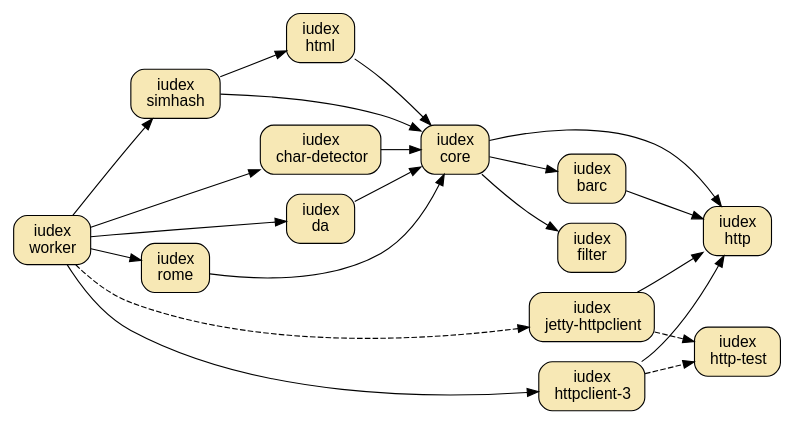
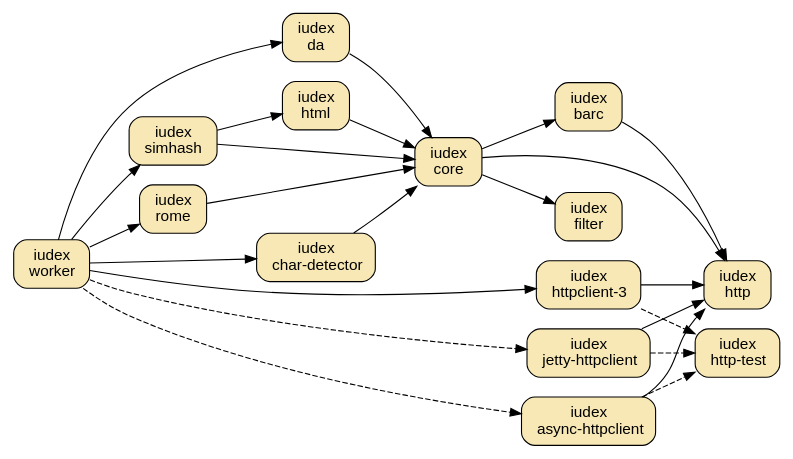
Before and after one commit to dekellum/iudex: the diagram in www/_dot/iudex.dot, drawn with Graphviz.

Commit message:
www: Add async-httpclient to iudex.dot

```diff
--- a/www/_dot/iudex.dot
+++ b/www/_dot/iudex.dot
@@ -1,75 +1,80 @@
 digraph "iudex-gems" {
   rankdir=LR;
   size="6.5,4.5";
   bgcolor="transparent";
   node [ shape=box, style="filled,rounded", fillcolor="#f7e8b5",
          fontname="Arial",  margin="0.2,0.1" ];
 
   barc        [ label=<iudex<br/>barc>, target=_parent, URL="../barc.html" ];
   char_detect [ label=<iudex<br/>char-detector> ];
   core        [ label=<iudex<br/>core> ];
   da          [ label=<iudex<br/>da>, target=_parent, URL="../da/index.html" ]
   filter      [ label=<iudex<br/>filter> ];
   html        [ label=<iudex<br/>html> ];
   rome        [ label=<iudex<br/>rome> ];
   simhash     [ label=<iudex<br/>simhash> ];
   worker      [ label=<iudex<br/>worker> ];
 
 # subgraph cluster_http { style=invis };
   http             [ label=<iudex<br/>http> ];
   httpclient_3     [ label=<iudex<br/>httpclient-3<br/>> ];
   jetty_httpclient [ label=<iudex<br/>jetty-httpclient<br/>> ];
+  async_httpclient [ label=<iudex<br/>async-httpclient<br/>> ];
   http_test        [ label=<iudex<br/>http-test> ];
 
   httpclient_3     -> http [ weight=2 ];
   httpclient_3     -> http_test [ style=dashed ];
   jetty_httpclient -> http;
   jetty_httpclient -> http_test [ style=dashed ];
+
+  async_httpclient -> http;
+  async_httpclient -> http_test [ style=dashed ];
 
   barc        -> http
   char_detect -> core
   core        -> barc
   core        -> filter
   core        -> http [ weight=2 ];
   da          -> core
   html        -> core
   rome        -> core
   simhash     -> core
   simhash     -> html
 #  worker      -> barc
   worker      -> char_detect
   worker      -> da
 #  worker      -> html
   worker      -> httpclient_3
   worker      -> jetty_httpclient [ style=dashed ];
+  worker      -> async_httpclient [ style=dashed ];
   worker      -> rome
   worker      -> simhash
 #  worker      -> core
 
 #  barc        -> "gravitext-util"
 #  barc        -> "rjack-slf4j"
 #  char_detect -> filter
 #  core        -> "gravitext-util"
 #  core        -> "rjack-logback"
 #  core        -> "rjack-slf4j"
 #  core        -> simhash
 #  da          -> "gravitext-util"
 #  da          -> "rjack-slf4j"
 #  da          -> filter
 #  filter      -> "gravitext-util"
 #  filter      -> "rjack-logback"
 #  filter      -> "rjack-slf4j"
 #  html        -> filter
 #  http        -> "gravitext-util"
 #  http        -> "rjack-slf4j"
 #  simhash     -> filter
 #  worker      -> core
 
 #  sitemap [ style="rounded,dashed" ];
 #  sitemap [ target=_parent, URL="../sitemap.html" ];
 #  sitemap -> core
 
 #  publisher [ style="rounded,dashed" ];
 #  publisher -> da
 #  publisher -> barc
 }
```
